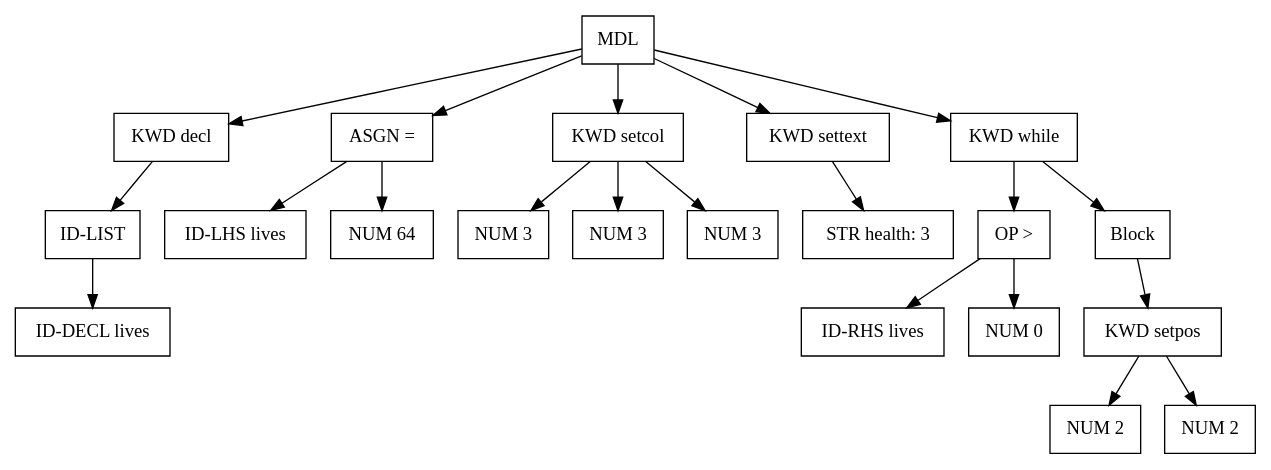
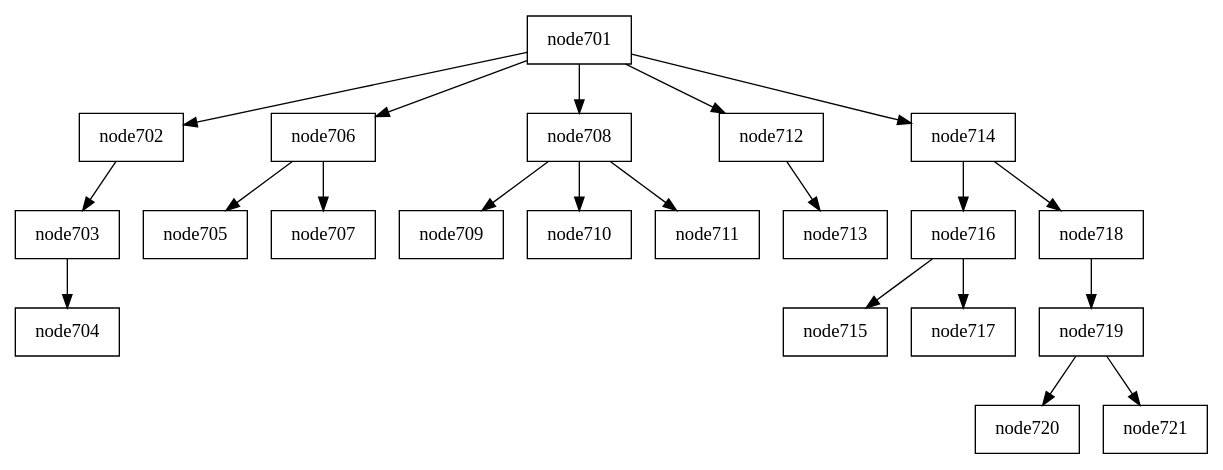
Before and after one commit to seanbutler/Morris: the diagram in assets/code/lives.src.gv, drawn with Graphviz. The commit also changed 40 other files, not shown here.

```diff
--- a/assets/code/lives.src.gv
+++ b/assets/code/lives.src.gv
@@ -1,65 +1,65 @@
 digraph G {
 node [shape = circle];
-node603 [ uuid = "ea8e35db-a719-41f2-8a61-47b5122ed80e" shape = "record" label = "MDL
+node701 [ uuid = "9a5a7694-99f9-4475-a65d-8ce3c15068aa" shape = "record" layer = "MDL
  " ];
-node604 [ uuid = "e91b0d5b-49ff-418f-83af-0432d9bbce42" shape = "record" label = "KWD
+node702 [ uuid = "833a8a58-f42f-47f0-bdb8-870e4c5d7c0f" shape = "record" layer = "KWD
  decl" ];
-node605 [ uuid = "feb8a9f3-4806-4594-b0a2-b3902aa9e7cb" shape = "record" label = "ID-LIST
+node703 [ uuid = "4353079c-fab7-42d5-89ff-f85b6e2733c0" shape = "record" layer = "ID-LIST
  " ];
-node606 [ uuid = "6b67be00-2169-4ee6-b51c-48e42af9e961" shape = "record" label = "ID-DECL
+node704 [ uuid = "52a33031-12af-49c0-8217-ca277b682e23" shape = "record" layer = "ID-DECL
  lives" ];
-node605 -> node606;
-node604 -> node605;
-node603 -> node604;
-node608 [ uuid = "962e98ca-ed12-45f0-a9d4-ef3a0c84bd0d" shape = "record" label = "ASGN
+node703 -> node704;
+node702 -> node703;
+node701 -> node702;
+node706 [ uuid = "60dcae3f-a4dc-458f-a8da-1c5048aa8807" shape = "record" layer = "ASGN
  =" ];
-node607 [ uuid = "2fb62dc4-d800-4bfd-a7a7-684f64bbf960" shape = "record" label = "ID-LHS
+node705 [ uuid = "e1a51454-a8b6-42c8-89db-7fb4f5c54fe0" shape = "record" layer = "ID-LHS
  lives" ];
-node608 -> node607;
-node609 [ uuid = "8436265f-cdaf-4ec9-bae2-719343193c59" shape = "record" label = "NUM
+node706 -> node705;
+node707 [ uuid = "b0c83266-b5f2-462c-bc2d-ae47067bce52" shape = "record" layer = "NUM
  64" ];
-node608 -> node609;
-node603 -> node608;
-node610 [ uuid = "f68164f8-9273-4802-84d2-85d06ad5749c" shape = "record" label = "KWD
+node706 -> node707;
+node701 -> node706;
+node708 [ uuid = "58637917-4569-4bc8-87d5-459fff245a40" shape = "record" layer = "KWD
  setcol" ];
-node611 [ uuid = "91651bee-ae9c-4e11-9697-65f55e364c1b" shape = "record" label = "NUM
+node709 [ uuid = "5bcd0cc0-9704-4f83-aa7e-bf971de86855" shape = "record" layer = "NUM
  3" ];
-node610 -> node611;
-node612 [ uuid = "87874c3f-a993-4945-97e3-9b6c6f2cfe6e" shape = "record" label = "NUM
+node708 -> node709;
+node710 [ uuid = "8a6f3522-8c98-4359-adb8-a95a5f13a2b3" shape = "record" layer = "NUM
  3" ];
-node610 -> node612;
-node613 [ uuid = "ebe69d04-2000-4ce9-a533-2d029abdacfe" shape = "record" label = "NUM
+node708 -> node710;
+node711 [ uuid = "28a36aad-62af-4f56-bdbc-e0d5578c971e" shape = "record" layer = "NUM
  3" ];
-node610 -> node613;
-node603 -> node610;
-node614 [ uuid = "4e49af92-b548-4572-842e-d7a5c8c1abcd" shape = "record" label = "KWD
+node708 -> node711;
+node701 -> node708;
+node712 [ uuid = "260fb234-f22b-4f86-9ea4-2a359116fd0b" shape = "record" layer = "KWD
  settext" ];
-node615 [ uuid = "632d3883-5cd9-4271-8c1f-62a167b664f2" shape = "record" label = "STR
+node713 [ uuid = "d8f6cf30-6411-4a99-a0df-0a700df7a0f4" shape = "record" layer = "STR
  health: 3" ];
-node614 -> node615;
-node603 -> node614;
-node616 [ uuid = "90dfef59-f9fb-416c-af25-117af1ae9246" shape = "record" label = "KWD
+node712 -> node713;
+node701 -> node712;
+node714 [ uuid = "a805220a-0943-4fd6-83e2-51d3ece3ebe3" shape = "record" layer = "KWD
  while" ];
-node618 [ uuid = "87d1b508-b7e2-4765-87c0-50103ad446c9" shape = "record" label = "OP
+node716 [ uuid = "8e9ab2fa-d02e-405e-8d2a-3c7548c78147" shape = "record" layer = "OP
  \>" ];
-node617 [ uuid = "5efc0ac6-2712-4707-853d-62bfa5ff289d" shape = "record" label = "ID-RHS
+node715 [ uuid = "11e7572f-1ced-4300-b14e-eb5044cef34e" shape = "record" layer = "ID-RHS
  lives" ];
-node618 -> node617;
-node619 [ uuid = "4b3c190c-79d2-4a42-a250-0292e77fb0e7" shape = "record" label = "NUM
+node716 -> node715;
+node717 [ uuid = "bebb4d50-4a97-4baa-ae7f-bd8c64016b88" shape = "record" layer = "NUM
  0" ];
-node618 -> node619;
-node616 -> node618;
-node620 [ uuid = "30e60a6e-3aa5-408f-9580-8e43da098ba9" shape = "record" label = "Block
+node716 -> node717;
+node714 -> node716;
+node718 [ uuid = "d2ff6f8a-c7ec-48e6-b2ef-de80e97746b7" shape = "record" layer = "Block
  " ];
-node621 [ uuid = "da2cb280-4bb1-4895-a08d-a473f1f030c2" shape = "record" label = "KWD
+node719 [ uuid = "bb823b9f-034d-4a90-8550-6e8ffc9a760d" shape = "record" layer = "KWD
  setpos" ];
-node622 [ uuid = "2746807b-d1f2-4dd0-8c1e-0620e1a821e8" shape = "record" label = "NUM
+node720 [ uuid = "f6f34b9f-2966-4a98-b44c-76977160ab0d" shape = "record" layer = "NUM
  2" ];
-node621 -> node622;
-node623 [ uuid = "b9b6354b-5bd5-4e98-a61b-d10a82213287" shape = "record" label = "NUM
+node719 -> node720;
+node721 [ uuid = "ec2b47d2-b395-417d-8624-5f1115fbdb86" shape = "record" layer = "NUM
  2" ];
-node621 -> node623;
-node620 -> node621;
-node616 -> node620;
-node603 -> node616;
+node719 -> node721;
+node718 -> node719;
+node714 -> node718;
+node701 -> node714;
 }
```
